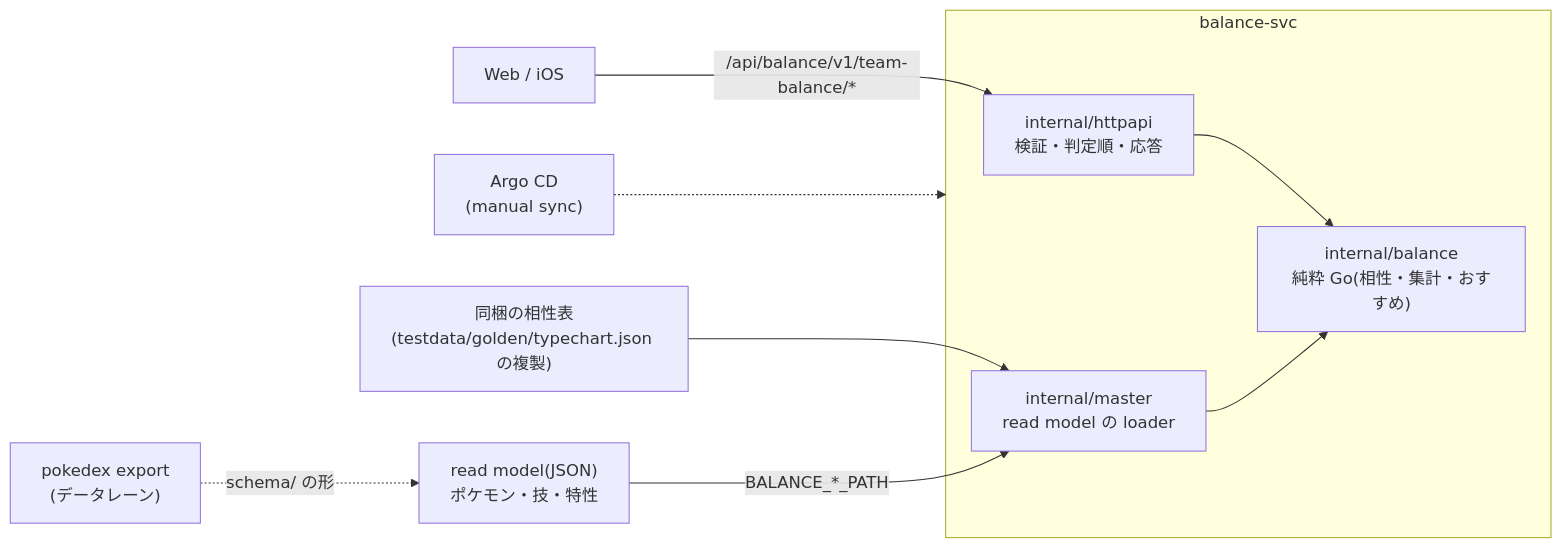
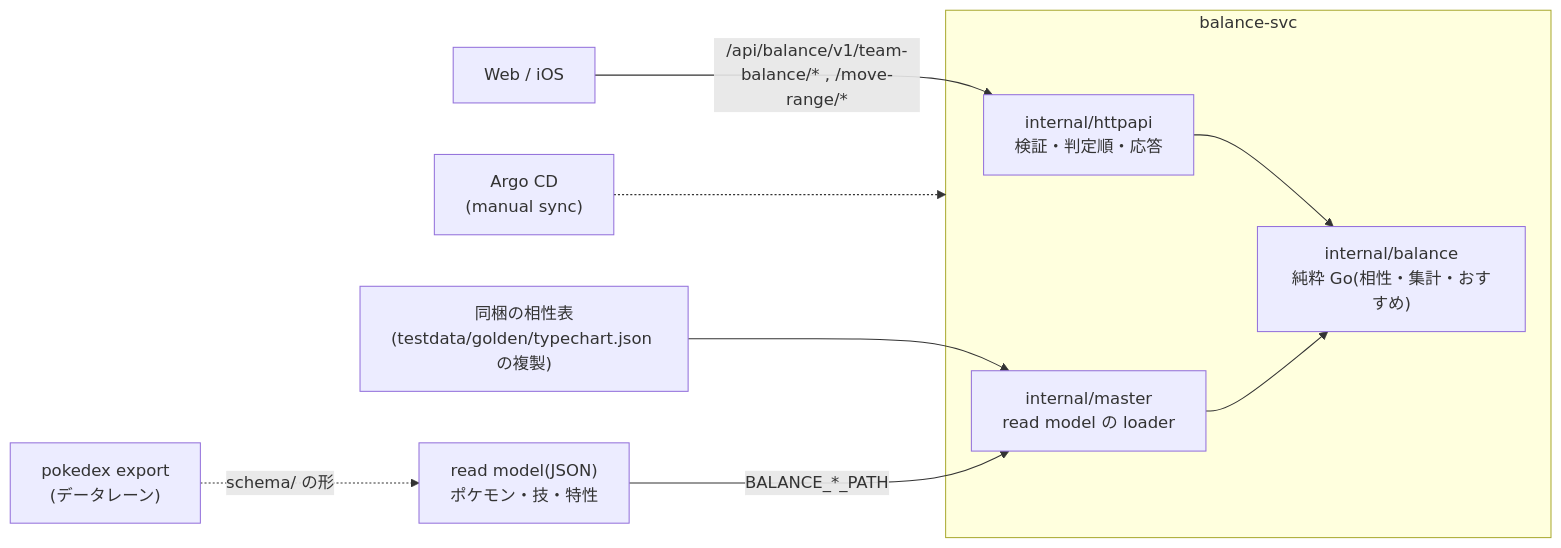
Before and after one commit to yxicun89/MyDamageCalcurater: the diagram in services/balance/README.md, drawn with Mermaid. The commit also changed other lines of this file and 8 other files, not shown here.

````diff
--- a/services/balance/README.md
+++ b/services/balance/README.md
@@ -7,12 +7,12 @@
 ```mermaid
 flowchart LR
-  Client["Web / iOS"] -->|"/api/balance/v1/team-balance/*"| HTTP
+  Client["Web / iOS"] -->|"/api/balance/v1/team-balance/* , /move-range/*"| HTTP
   subgraph balance["balance-svc"]
     HTTP["internal/httpapi<br/>検証・判定順・応答"] --> Core["internal/balance<br/>純粋 Go(相性・集計・おすすめ)"]
     Master["internal/master<br/>read model の loader"] --> Core
   end
   Chart["同梱の相性表<br/>(testdata/golden/typechart.json の複製)"] --> Master
   RM["read model(JSON)<br/>ポケモン・技・特性"] -->|"BALANCE_*_PATH"| Master
   Pokedex["pokedex export<br/>(データレーン)"] -.->|"schema/ の形"| RM
   Argo["Argo CD<br/>(manual sync)"] -.-> balance
 ```
````
